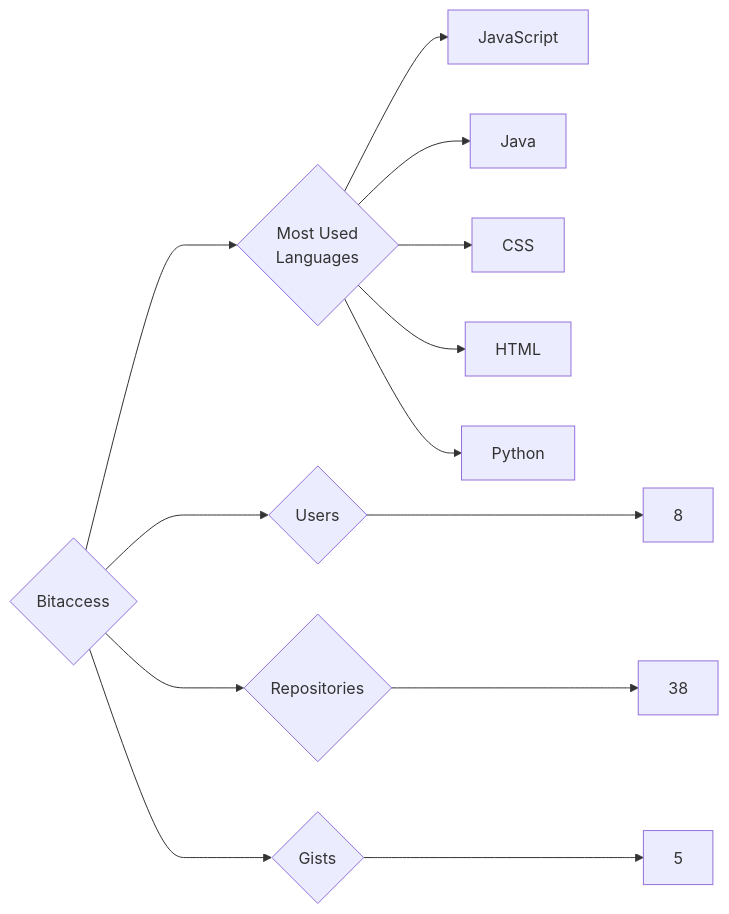
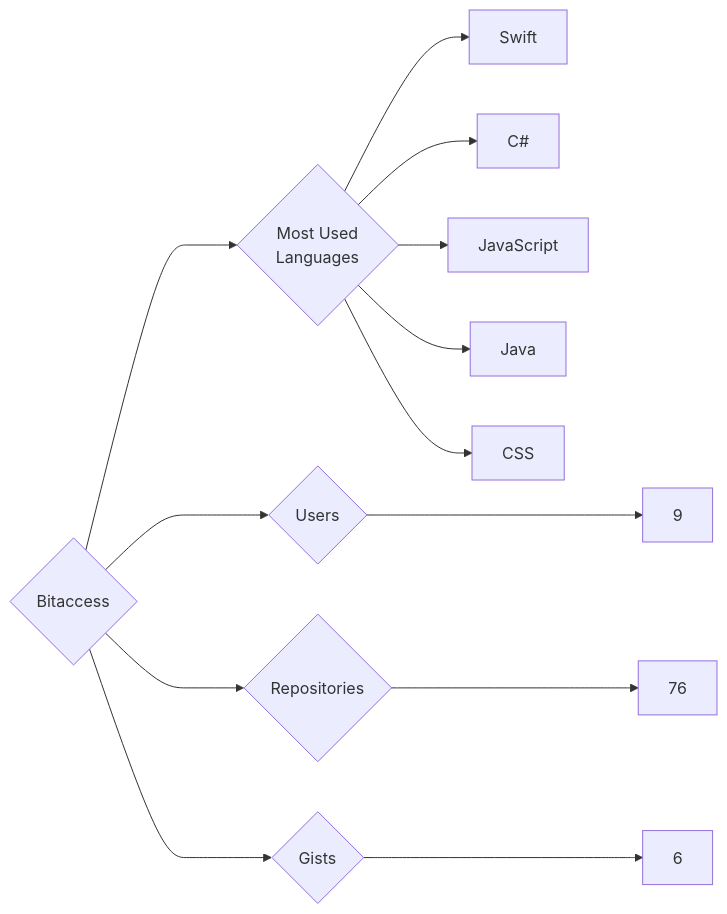
One commit to trickest/insiders changed the diagram in targets/Bitaccess/README.md. Above: the diagram before and after it, drawn with Mermaid. The commit also changed 873 other files, not shown here.

````diff
--- a/targets/Bitaccess/README.md
+++ b/targets/Bitaccess/README.md
@@ -3,13 +3,13 @@
 ```mermaid
 graph LR
 COMPANY_NAME{Bitaccess}
-COMPANY_NAME ---> U{Users} ---> UN[8]
-COMPANY_NAME ---> R{Repositories} ---> RN[38]
-COMPANY_NAME ---> G{Gists} ---> GN[5]
+COMPANY_NAME ---> U{Users} ---> UN[9]
+COMPANY_NAME ---> R{Repositories} ---> RN[76]
+COMPANY_NAME ---> G{Gists} ---> GN[6]
 COMPANY_NAME ---> ML{Most Used<br>Languages}
+ML --> Swift[Swift]
+ML --> C#[C#]
 ML --> JavaScript[JavaScript]
 ML --> Java[Java]
 ML --> CSS[CSS]
-ML --> HTML[HTML]
-ML --> Python[Python]
 ```
````
